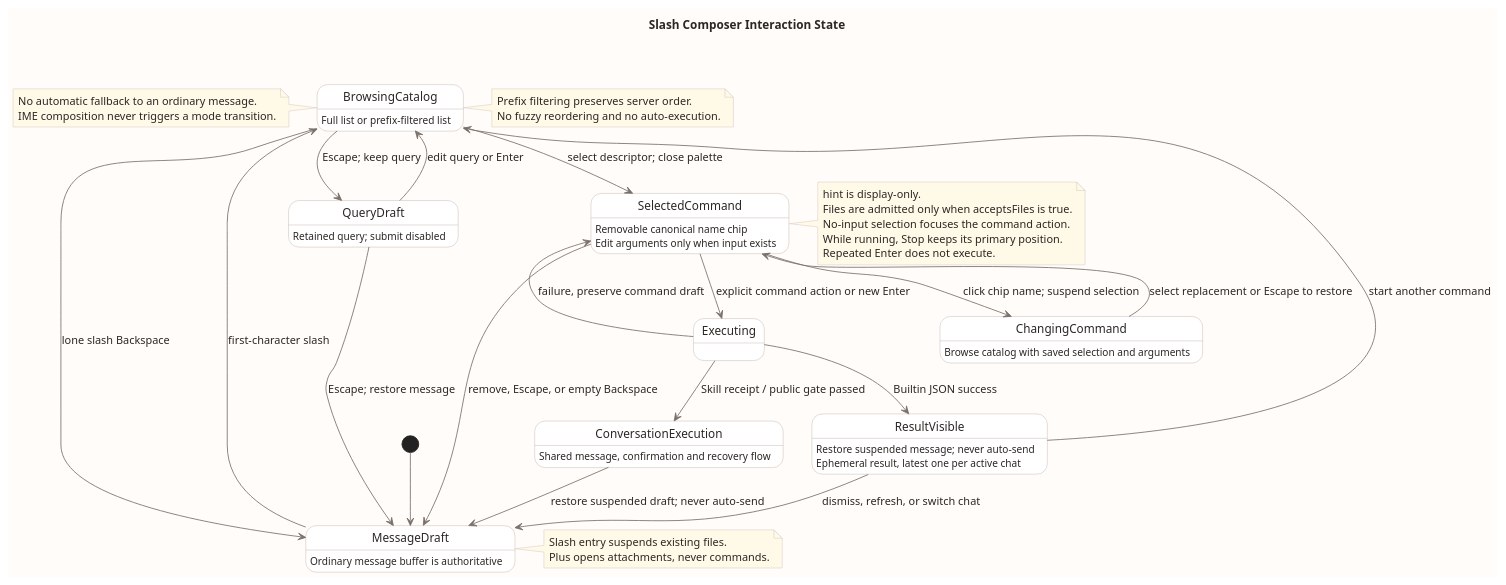
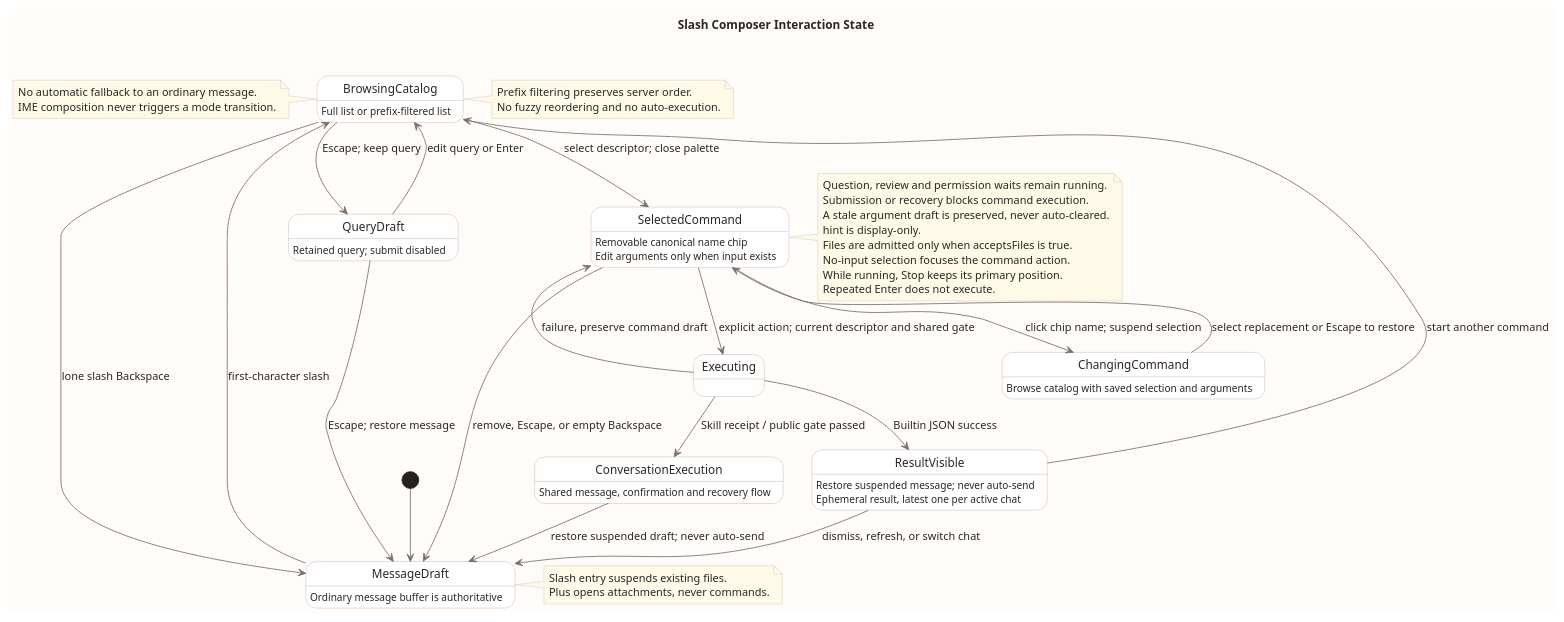
Before and after one commit to ssm0808/pi-mono-java-design: the second of 3 diagrams in 04-命令与技能/00-Slash-Command通用模块/前端设计/diagram.puml, drawn with PlantUML. The commit also changed other lines of this file and 21 other files, not shown here.

```diff
--- a/04-命令与技能/00-Slash-Command通用模块/前端设计/diagram.puml
+++ b/04-命令与技能/00-Slash-Command通用模块/前端设计/diagram.puml
@@ -131,84 +140,87 @@
 @startuml slash_composer_state
 title Slash Composer Interaction State
 
 ' Source baseline: pi-mono-java@4cc8dd86f601417c22cf9306e52152acbb59bb60
 ' Source evidence: frontend/src/components/ComposerBox.vue, enter, leave, choose, submit and onKeydown
 ' Observed behavior: selection closes the palette; the editor retains the raw slash command and button labels change.
 ' Target-only design: removable chips, argument-only editing and consistent Escape restoration are proposed.
 ' Design reason: explicit selection and explicit execution prevent accidental state-changing commands.
 
 skinparam backgroundColor #FFFCFA
 skinparam shadowing false
 skinparam defaultFontName Arial
 skinparam defaultFontColor #2C2724
 skinparam ArrowColor #7A6F69
 skinparam stateBorderColor #BFAEA5
 skinparam stateBackgroundColor #FFFFFF
 skinparam noteBorderColor #CDBEB6
 skinparam noteBackgroundColor #FFF9E8
 skinparam nodesep 34
 skinparam ranksep 42
 top to bottom direction
 
 [*] --> MessageDraft
 MessageDraft : Ordinary message buffer is authoritative
 MessageDraft --> BrowsingCatalog : first-character slash
 
 state BrowsingCatalog
 BrowsingCatalog : Full list or prefix-filtered list
 BrowsingCatalog --> SelectedCommand : select descriptor; close palette
 BrowsingCatalog --> QueryDraft : Escape; keep query
 BrowsingCatalog --> MessageDraft : lone slash Backspace
 
 state QueryDraft
 QueryDraft : Retained query; submit disabled
 QueryDraft --> BrowsingCatalog : edit query or Enter
 QueryDraft --> MessageDraft : Escape; restore message
 
 state SelectedCommand
 SelectedCommand : Removable canonical name chip
 SelectedCommand : Edit arguments only when input exists
-SelectedCommand --> Executing : explicit command action or new Enter
+SelectedCommand --> Executing : explicit action; current descriptor and shared gate
 SelectedCommand --> MessageDraft : remove, Escape, or empty Backspace
 SelectedCommand --> ChangingCommand : click chip name; suspend selection
 
 state ChangingCommand
 ChangingCommand : Browse catalog with saved selection and arguments
 ChangingCommand --> SelectedCommand : select replacement or Escape to restore
 
 state Executing
 Executing --> SelectedCommand : failure, preserve command draft
 Executing --> ResultVisible : Builtin JSON success
 ResultVisible : Restore suspended message; never auto-send
 Executing --> ConversationExecution : Skill receipt / public gate passed
 ConversationExecution : Shared message, confirmation and recovery flow
 ConversationExecution --> MessageDraft : restore suspended draft; never auto-send
 
 state ResultVisible
 ResultVisible : Ephemeral result, latest one per active chat
 ResultVisible --> BrowsingCatalog : start another command
 ResultVisible --> MessageDraft : dismiss, refresh, or switch chat
 
 note right of BrowsingCatalog
   Prefix filtering preserves server order.
   No fuzzy reordering and no auto-execution.
 end note
 
 note right of SelectedCommand
+  Question, review and permission waits remain running.
+  Submission or recovery blocks command execution.
+  A stale argument draft is preserved, never auto-cleared.
   hint is display-only.
   Files are admitted only when acceptsFiles is true.
   No-input selection focuses the command action.
   While running, Stop keeps its primary position.
   Repeated Enter does not execute.
 end note
 
 note left of BrowsingCatalog
   No automatic fallback to an ordinary message.
   IME composition never triggers a mode transition.
 end note
 
 note right of MessageDraft
   Slash entry suspends existing files.
   Plus opens attachments, never commands.
 end note
 @enduml
```
